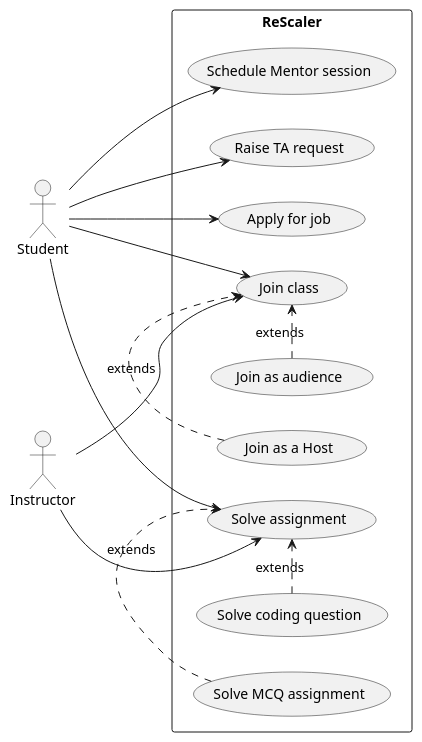
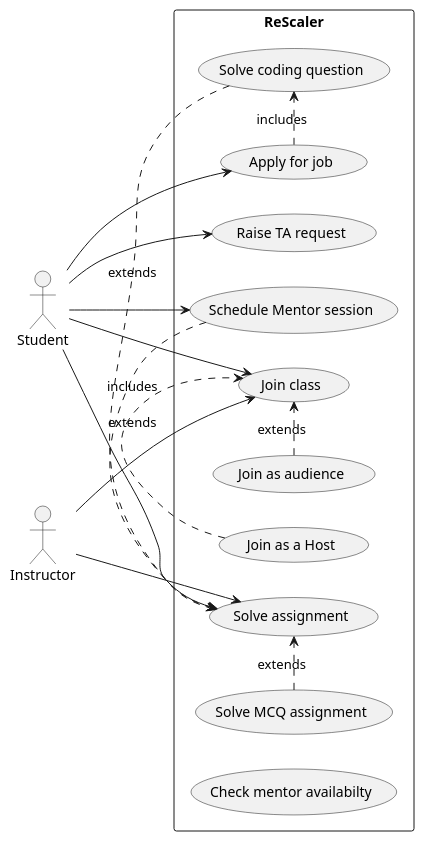
Before and after one commit to akashfit2max/low.level.design: the diagram in notes/resclaer.puml, drawn with PlantUML.

Commit message:
use case diagram

```diff
--- a/notes/resclaer.puml
+++ b/notes/resclaer.puml
@@ -1,35 +1,42 @@
 @startuml
 left to right direction
 actor Student
 actor Instructor
 
 rectangle ReScaler {
     usecase "Join class" as join
     usecase "Schedule Mentor session" as schedule
     usecase "Raise TA request" as raise
     usecase "Solve assignment" as solve
     usecase "Apply for job" as apply
 
 '    extends usecase
     usecase "Join as a Host" as host
     usecase "Join as audience" as audience
     (host) .> (join) : extends
     (audience) .> (join) : extends
 
     usecase "Solve MCQ assignment" as mcq
     usecase "Solve coding question" as job_test
     (mcq) .> (solve) : extends
     (job_test) .> (solve) : extends
+
+'    include usecase
+    usecase "Check mentor availabilty" as mentor
+    (schedule) .> (solve) : includes
+
+    (apply) .> (job_test) : includes
+
 }
 
 Student --> join
 Student --> solve
 Student --> apply
 Student --> schedule
 Student --> raise
 
 Instructor --> join
 Instructor --> solve
 
 
 @enduml
```
